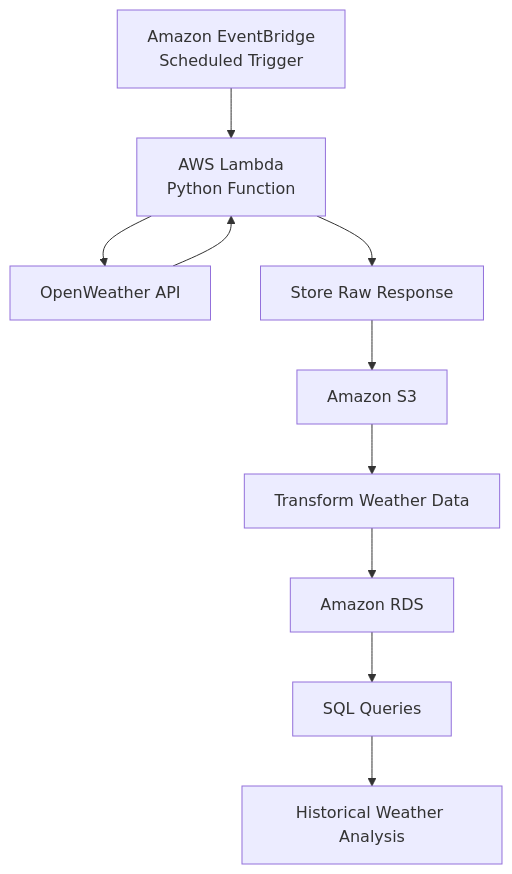
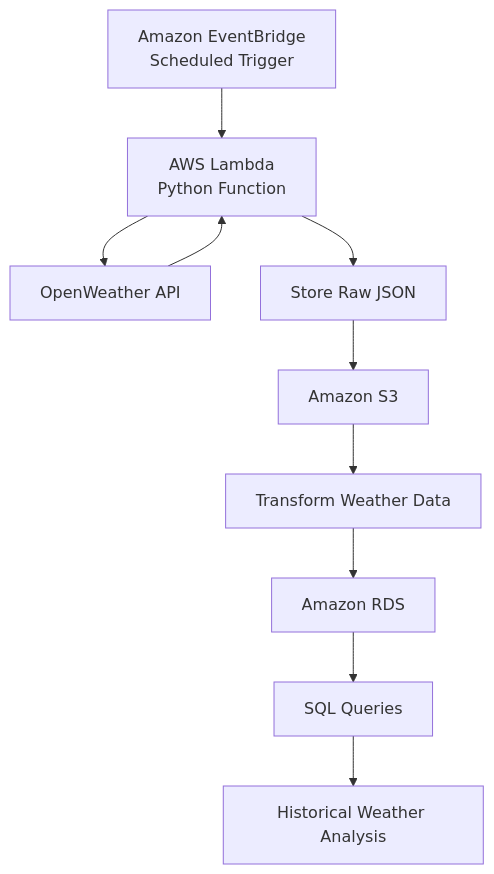
The diagram in README.md (heyzed001/aws-weather-etl-pipeline), drawn with Mermaid before and after one commit. The commit also changed other lines of this file, not shown here.

````diff
--- a/README.md
+++ b/README.md
@@ -17,19 +15,18 @@
 ```mermaid
 flowchart TD
+    A[Amazon EventBridge<br/>Scheduled Trigger] --> B[AWS Lambda<br/>Python Function]
 
-A[Amazon EventBridge<br/>Scheduled Trigger] --> B[AWS Lambda<br/>Python Function]
+    B --> C[OpenWeather API]
+    C --> B
 
-B --> C[OpenWeather API]
-C --> B
+    B --> D[Store Raw JSON]
+    D --> E[Amazon S3]
 
-B --> D[Store Raw Response]
-D --> E[Amazon S3]
+    E --> F[Transform Weather Data]
 
-E --> F[Transform Weather Data]
+    F --> G[Amazon RDS]
 
-F --> G[Amazon RDS]
+    G --> H[SQL Queries]
 
-G --> H[SQL Queries]
-
-H --> I[Historical Weather Analysis]
+    H --> I[Historical Weather Analysis]
 ```
````
